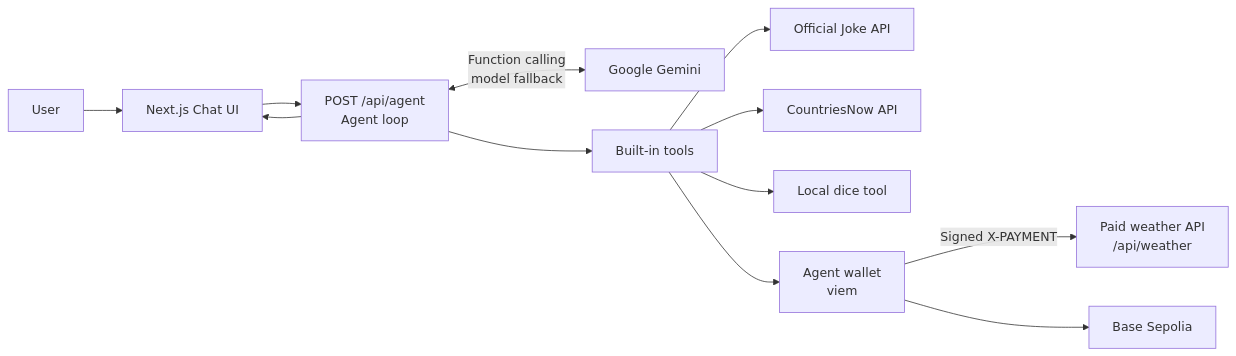
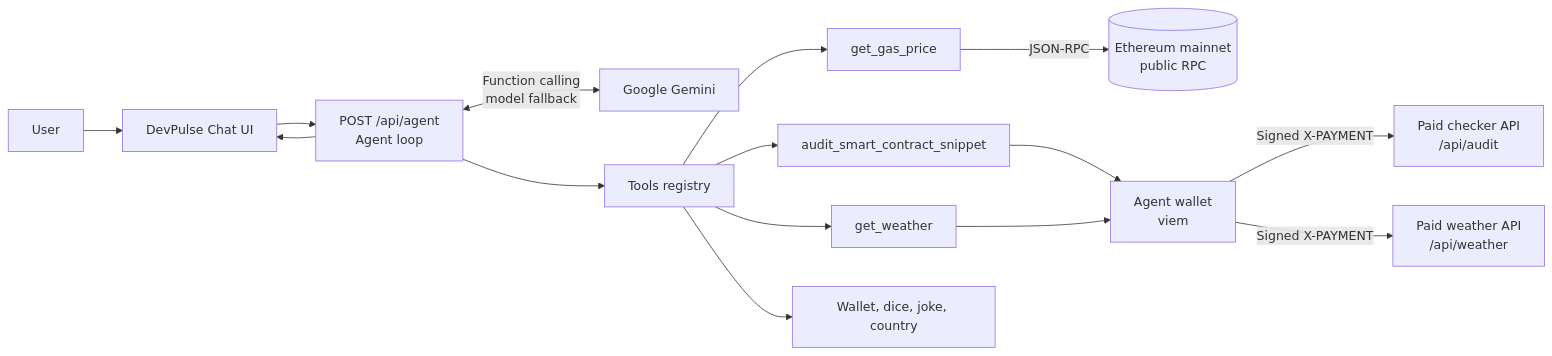
Before and after one commit to s-m-monika/my-agent: the first of 2 diagrams in README.md, drawn with Mermaid. The commit also changed other lines of this file, not shown here.

Commit message:
Update README for DevPulse Week 2: gas tracker, contract checker, payment checks, tests

````diff
--- a/README.md
+++ b/README.md
@@ -147,14 +184,17 @@
 ```mermaid
 flowchart LR
-    User[User] --> UI[Next.js Chat UI]
+    User[User] --> UI[DevPulse Chat UI]
     UI --> Agent[POST /api/agent<br/>Agent loop]
     Agent <-->|Function calling<br/>model fallback| Gemini[Google Gemini]
-    Agent --> Tools[Built-in tools]
-    Tools --> Joke[Official Joke API]
-    Tools --> Country[CountriesNow API]
-    Tools --> Dice[Local dice tool]
-    Tools --> Wallet[Agent wallet<br/>viem]
-    Wallet -->|Signed X-PAYMENT| Weather[Paid weather API<br/>/api/weather]
-    Wallet --> Base[Base Sepolia]
+    Agent --> Tools[Tools registry]
+    Tools --> Gas[get_gas_price]
+    Gas -->|JSON-RPC| RPC[(Ethereum mainnet<br/>public RPC)]
+    Tools --> Audit[audit_smart_contract_snippet]
+    Tools --> Weather[get_weather]
+    Tools --> Other[Wallet, dice, joke, country]
+    Audit --> Wallet[Agent wallet<br/>viem]
+    Weather --> Wallet
+    Wallet -->|Signed X-PAYMENT| AuditAPI[Paid checker API<br/>/api/audit]
+    Wallet -->|Signed X-PAYMENT| WeatherAPI[Paid weather API<br/>/api/weather]
     Agent --> UI
 ```
````
